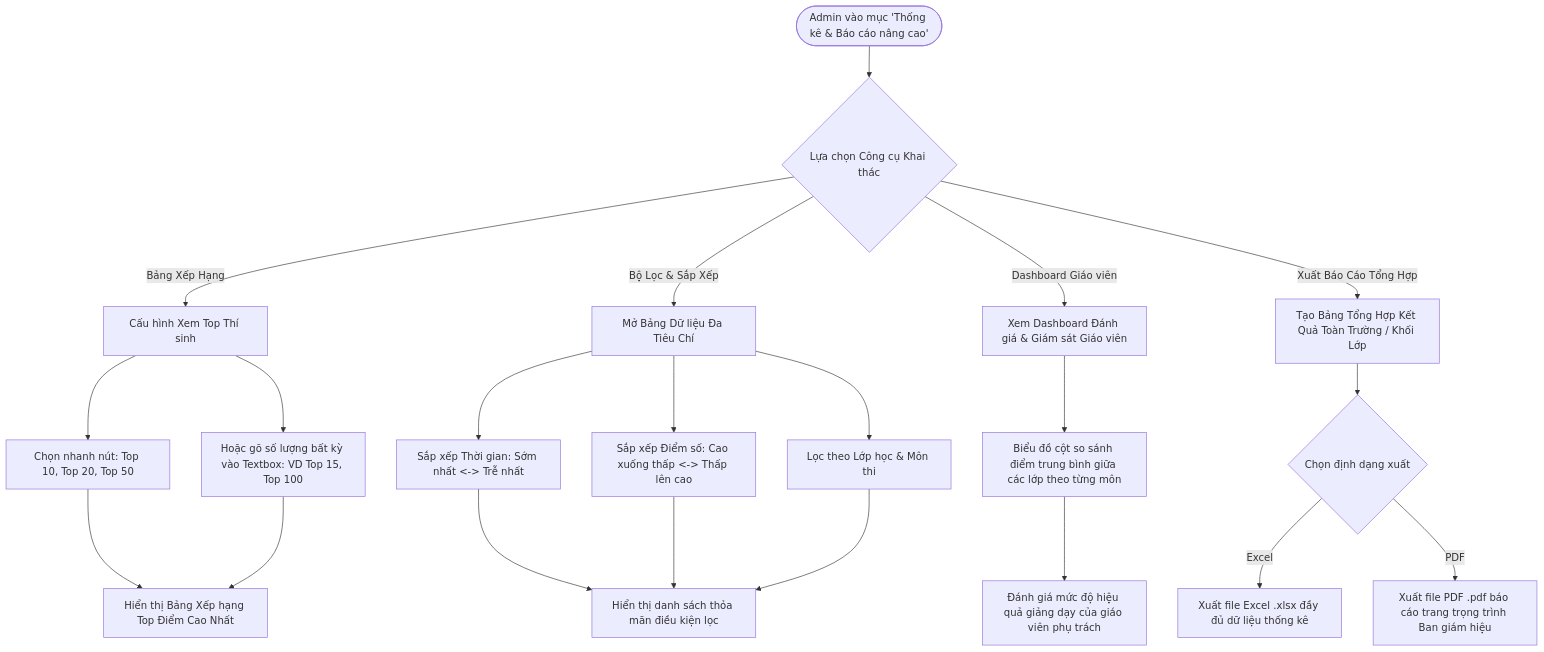
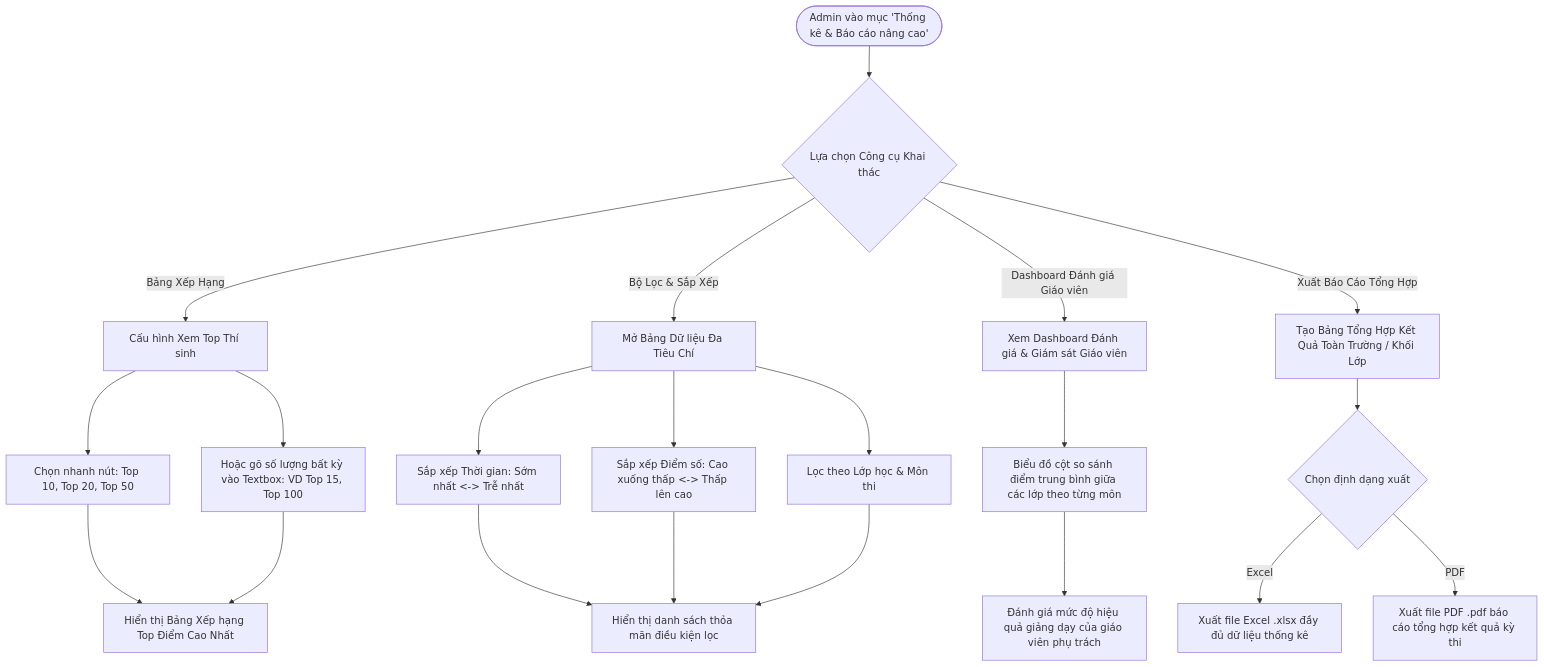
The diagram in vibercodeDate21-09-2026/exam-app/flows/10-bang-xep-hang-dashboard-bao-cao.md (sunlight3d/VietIS), drawn with Mermaid before and after one commit. The commit also changed other lines of this file and 15 other files, not shown here.

Commit message:
fix(security & flows): resolve 8 critical database flaws, anti-cheat, missing flows and permission models

````diff
--- a/vibercodeDate21-09-2026/exam-app/flows/10-bang-xep-hang-dashboard-bao-cao.md
+++ b/vibercodeDate21-09-2026/exam-app/flows/10-bang-xep-hang-dashboard-bao-cao.md
@@ -11,27 +11,27 @@
 ```mermaid
 flowchart TD
     Start([Admin vào mục 'Thống kê & Báo cáo nâng cao']) --> AnalyticsHub{Lựa chọn Công cụ Khai thác}
     
     AnalyticsHub -->|Bảng Xếp Hạng| RankView[Cấu hình Xem Top Thí sinh]
     RankView --> QuickButtons[Chọn nhanh nút: Top 10, Top 20, Top 50]
     RankView --> CustomInput[Hoặc gõ số lượng bất kỳ vào Textbox: VD Top 15, Top 100]
     QuickButtons --> RenderRank[Hiển thị Bảng Xếp hạng Top Điểm Cao Nhất]
     CustomInput --> RenderRank
     
     AnalyticsHub -->|Bộ Lọc & Sắp Xếp| MultiFilter[Mở Bảng Dữ liệu Đa Tiêu Chí]
     MultiFilter --> SortTime[Sắp xếp Thời gian: Sớm nhất <-> Trễ nhất]
     MultiFilter --> SortScore[Sắp xếp Điểm số: Cao xuống thấp <-> Thấp lên cao]
     MultiFilter --> FilterClassSubject[Lọc theo Lớp học & Môn thi]
     SortTime --> FilterResult[Hiển thị danh sách thỏa mãn điều kiện lọc]
     SortScore --> FilterResult
     FilterClassSubject --> FilterResult
     
-    AnalyticsHub -->|Dashboard Giáo viên| TeacherEvalDashboard[Xem Dashboard Đánh giá & Giám sát Giáo viên]
+    AnalyticsHub -->|Dashboard Đánh giá Giáo viên| TeacherEvalDashboard[Xem Dashboard Đánh giá & Giám sát Giáo viên]
     TeacherEvalDashboard --> CompareClasses[Biểu đồ cột so sánh điểm trung bình giữa các lớp theo từng môn]
     CompareClasses --> EvalMetric[Đánh giá mức độ hiệu quả giảng dạy của giáo viên phụ trách]
     
     AnalyticsHub -->|Xuất Báo Cáo Tổng Hợp| MasterExport[Tạo Bảng Tổng Hợp Kết Quả Toàn Trường / Khối Lớp]
     MasterExport --> SelectExportType{Chọn định dạng xuất}
     SelectExportType -->|Excel| ExportAllExcel[Xuất file Excel .xlsx đầy đủ dữ liệu thống kê]
-    SelectExportType -->|PDF| ExportAllPDF[Xuất file PDF .pdf báo cáo trang trọng trình Ban giám hiệu]
+    SelectExportType -->|PDF| ExportAllPDF[Xuất file PDF .pdf báo cáo tổng hợp kết quả kỳ thi]
 ```
````
